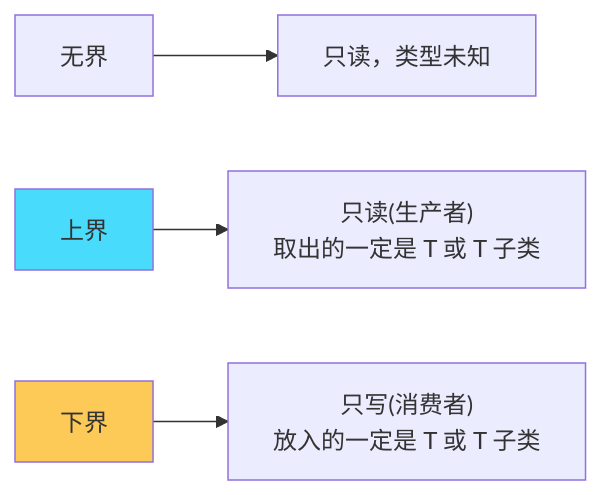
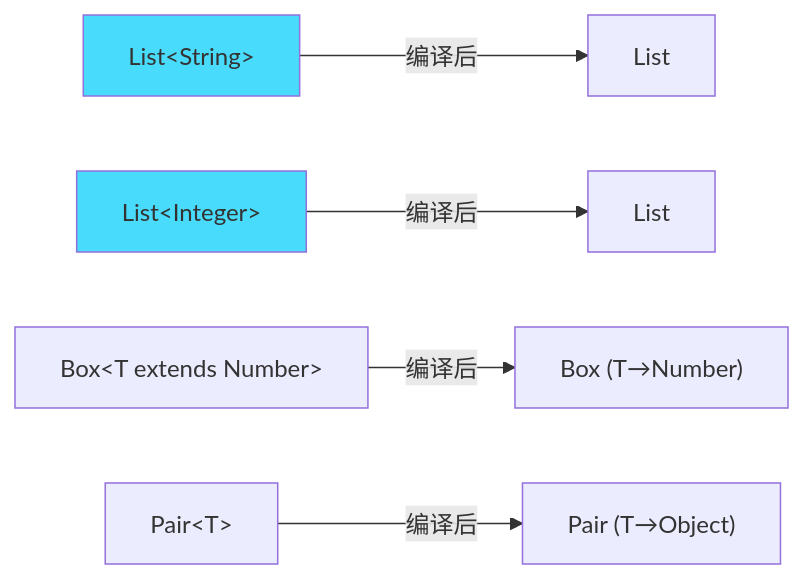
Before and after one commit to qigao0787-ops/gq-test: diagram 18 of 24 in document/strengthen/Java基础面试总结_增强版.md, drawn with Mermaid. The commit also changed other lines of this file, not shown here.

````diff
--- a/document/strengthen/Java基础面试总结_增强版.md
+++ b/document/strengthen/Java基础面试总结_增强版.md
@@ -809,9 +1318,10 @@
 ```mermaid
 flowchart LR
-    A["<?> 无界"] --> B["只读，类型未知"]
-    C["<? extends T> 上界"] --> D["只读(生产者)<br/>取出的一定是 T 或 T 子类"]
-    E["<? super T> 下界"] --> F["只写(消费者)<br/>放入的一定是 T 或 T 子类"]
+    A["List&lt;String&gt;"] -->|编译后| B["List"]
+    C["List&lt;Integer&gt;"] -->|编译后| D["List"]
+    E["Box&lt;T extends Number&gt;"] -->|编译后| F["Box (T→Number)"]
+    G["Pair&lt;T&gt;"] -->|编译后| H["Pair (T→Object)"]
 
+    style A fill:#48dbfb
     style C fill:#48dbfb
-    style E fill:#feca57
 ```
````
